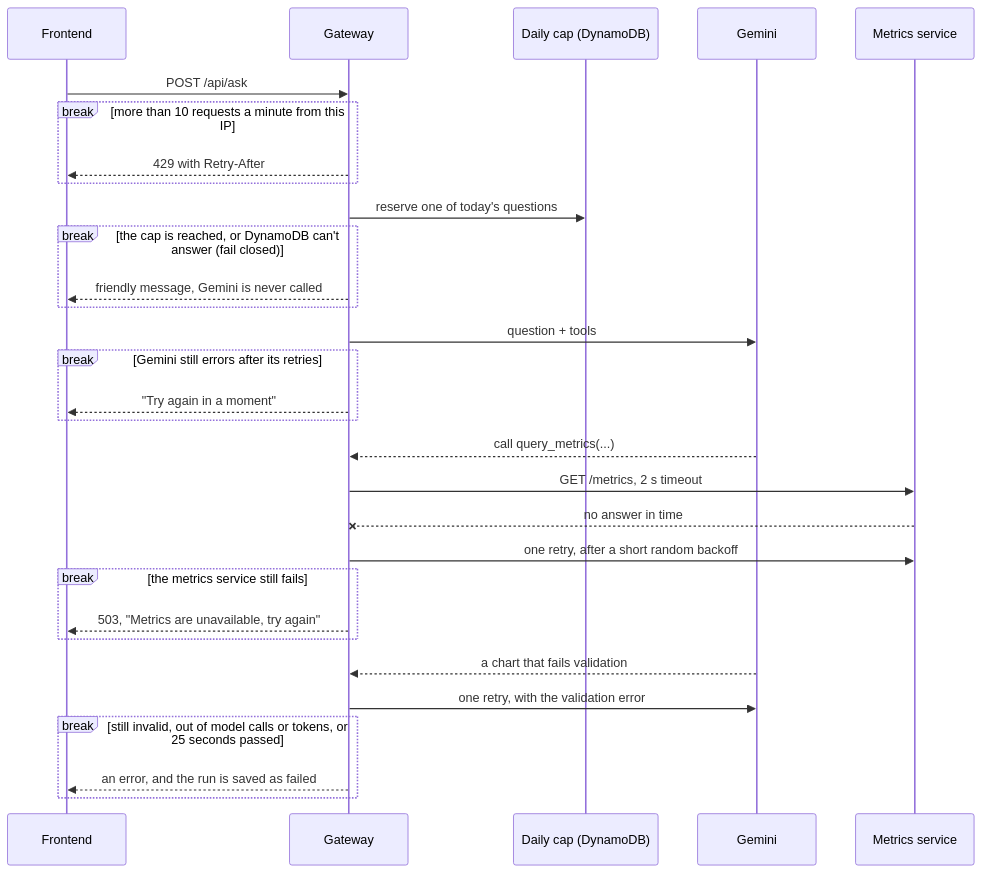
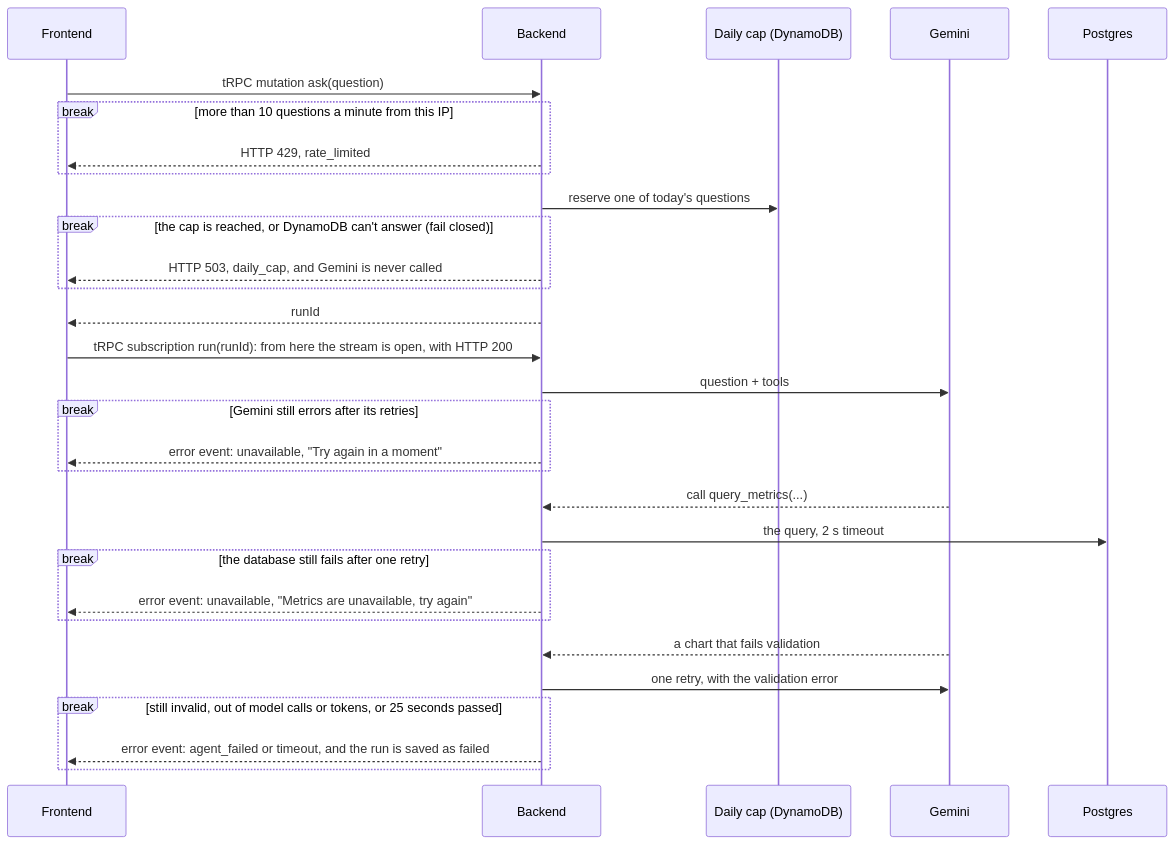
The fifth of 8 diagrams in docs/design.md (vovadyach/dashgen), drawn with Mermaid before and after one commit. The commit also changed other lines of this file and 9 other files, not shown here.

Commit message:
docs: design for one TypeScript backend, with Drizzle and tRPC

````diff
--- a/docs/design.md
+++ b/docs/design.md
@@ -207,33 +233,33 @@
 ```mermaid
 sequenceDiagram
     participant F as Frontend
-    participant G as Gateway
+    participant B as Backend
     participant C as Daily cap (DynamoDB)
     participant LLM as Gemini
-    participant M as Metrics service
+    participant DB as Postgres
 
-    F->>G: POST /api/ask
-    break more than 10 requests a minute from this IP
-        G-->>F: 429 with Retry-After
+    F->>B: tRPC mutation ask(question)
+    break more than 10 questions a minute from this IP
+        B-->>F: HTTP 429, rate_limited
     end
-    G->>C: reserve one of today's questions
+    B->>C: reserve one of today's questions
     break the cap is reached, or DynamoDB can't answer (fail closed)
-        G-->>F: friendly message, Gemini is never called
+        B-->>F: HTTP 503, daily_cap, and Gemini is never called
     end
-    G->>LLM: question + tools
+    B-->>F: runId
+    F->>B: tRPC subscription run(runId): from here the stream is open, with HTTP 200
+    B->>LLM: question + tools
     break Gemini still errors after its retries
-        G-->>F: "Try again in a moment"
+        B-->>F: error event: unavailable, "Try again in a moment"
     end
-    LLM-->>G: call query_metrics(...)
-    G->>M: GET /metrics, 2 s timeout
-    M--xG: no answer in time
-    G->>M: one retry, after a short random backoff
-    break the metrics service still fails
-        G-->>F: 503, "Metrics are unavailable, try again"
+    LLM-->>B: call query_metrics(...)
+    B->>DB: the query, 2 s timeout
+    break the database still fails after one retry
+        B-->>F: error event: unavailable, "Metrics are unavailable, try again"
     end
-    LLM-->>G: a chart that fails validation
-    G->>LLM: one retry, with the validation error
+    LLM-->>B: a chart that fails validation
+    B->>LLM: one retry, with the validation error
     break still invalid, out of model calls or tokens, or 25 seconds passed
-        G-->>F: an error, and the run is saved as failed
+        B-->>F: error event: agent_failed or timeout, and the run is saved as failed
     end
 ```
````
